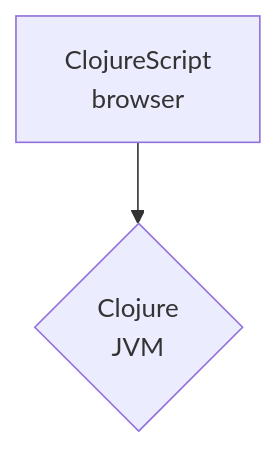
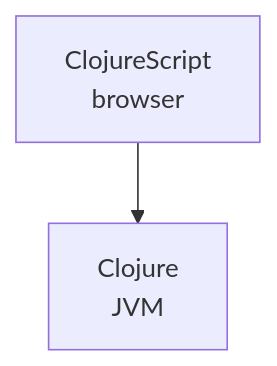
One commit to chr15m/hoc-2024 changed the first of 2 diagrams in slides/slides.md. Above: the diagram before and after it, drawn with Mermaid. The commit also changed other lines of this file, not shown here.

````diff
--- a/slides/slides.md
+++ b/slides/slides.md
@@ -163,4 +177,4 @@
 ```mermaid
 graph TD
-B[ClojureScript<br>browser] --> C{Clojure<br>JVM}
+B[ClojureScript<br>browser] --> C[Clojure<br>JVM]
 ```
````
